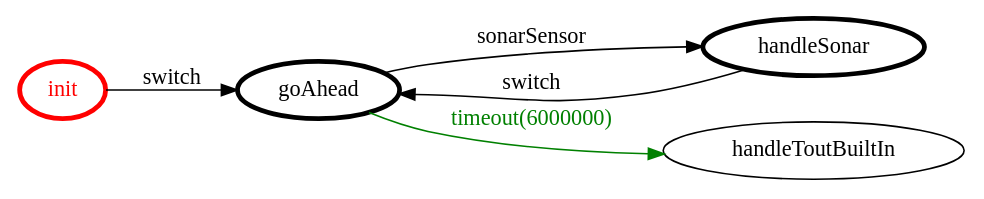
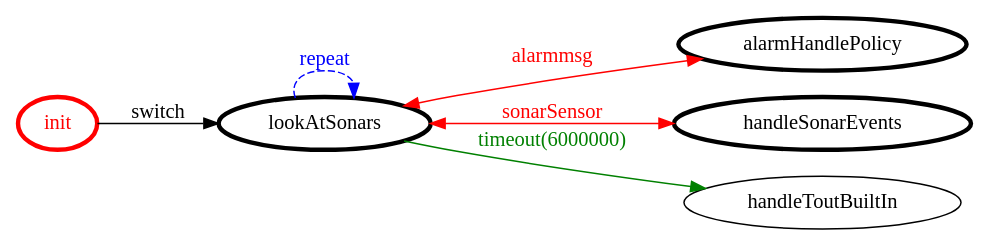
Before and after one commit to MatteoMendula/iss2018Lab: the diagram in it.unibo.mbot.agent/srcMore/it/unibo/roveragent/roveragent.gv, drawn with Graphviz. The commit also changed 115 other files, not shown here.

```diff
--- a/it.unibo.mbot.agent/srcMore/it/unibo/roveragent/roveragent.gv
+++ b/it.unibo.mbot.agent/srcMore/it/unibo/roveragent/roveragent.gv
@@ -1,20 +1,22 @@
 /*
 *
 * A GraphViz DOT FSM description 
 * Please use a GraphViz visualizer (like http://www.webgraphviz.com)
 *  
 */
 
 digraph finite_state_machine {
 	rankdir=LR
 	size="8,5"
 	
 	init [ color = red ][ fontcolor = red ][ penwidth = 3 ]
-	handleSonar [ color = black ][ fontcolor = black ][ penwidth = 3 ]
-	goAhead [ color = black ][ fontcolor = black ][ penwidth = 3 ]
+	lookAtSonars [ color = black ][ fontcolor = black ][ penwidth = 3 ]
+	alarmHandlePolicy [ color = black ][ fontcolor = black ][ penwidth = 3 ]
+	handleSonarEvents [ color = black ][ fontcolor = black ][ penwidth = 3 ]
 	
-	init -> goAhead [ label = "switch" ][ color = black ][ fontcolor = black ]
-	goAhead -> handleToutBuiltIn [ label = "timeout(6000000)" ][ color = green ][ fontcolor = green ]
-	goAhead -> handleSonar [ label = "sonarSensor" ][ color = black ][ fontcolor = black ]
-	handleSonar -> goAhead [ label = "switch" ][ color = black ][ fontcolor = black ]
+	init -> lookAtSonars [ label = "switch" ][ color = black ][ fontcolor = black ]
+	lookAtSonars -> handleSonarEvents [ label = "sonarSensor" ][ color = red ][ fontcolor = red ][ dir = both ]
+	lookAtSonars -> lookAtSonars [ label = "repeat "][ style = dashed ][ color = blue ][ fontcolor = blue ]
+	lookAtSonars -> alarmHandlePolicy [ label = "alarmmsg" ][ color = red ][ fontcolor = red ][ dir = both ]
+	lookAtSonars -> handleToutBuiltIn [ label = "timeout(6000000)" ][ color = green ][ fontcolor = green ]
 }
```
